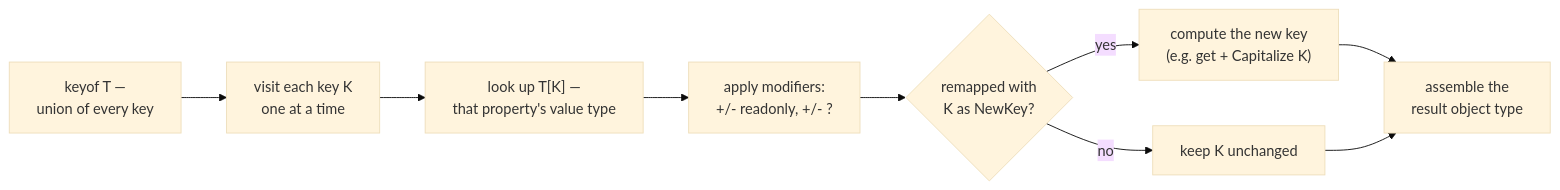
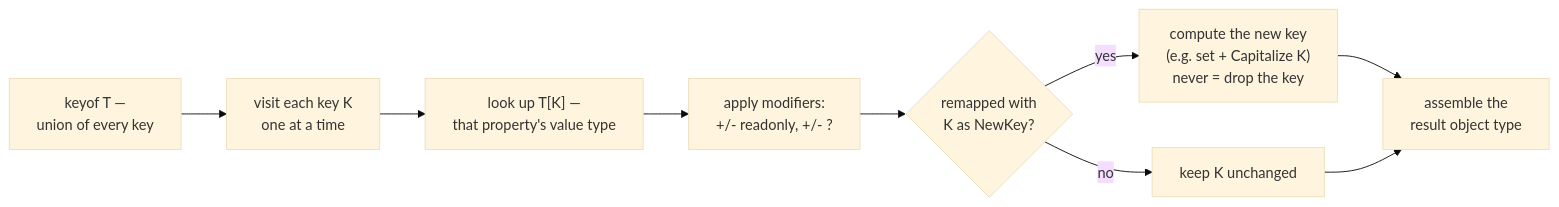
The third of 7 diagrams in 08-type-system-deep-dive/LESSON.md (cheer-cho/LearningCourse--TypeScript--build-by-Claude-Code), drawn with Mermaid (base theme) before and after one commit. The commit also changed other lines of this file and 79 other files, not shown here.

````diff
--- a/08-type-system-deep-dive/LESSON.md
+++ b/08-type-system-deep-dive/LESSON.md
@@ -72,11 +482,11 @@
 ```mermaid
 flowchart LR
     A["keyof T —<br/>union of every key"] --> B["visit each key K<br/>one at a time"]
     B --> C["look up T[K] —<br/>that property's value type"]
     C --> D["apply modifiers:<br/>+/- readonly, +/- ?"]
     D --> E{"remapped with<br/>K as NewKey?"}
-    E -- "yes" --> F["compute the new key<br/>(e.g. get + Capitalize K)"]
+    E -- "yes" --> F["compute the new key<br/>(e.g. set + Capitalize K)<br/>never = drop the key"]
     E -- "no" --> G["keep K unchanged"]
     F --> H["assemble the<br/>result object type"]
     G --> H
 ```
````
